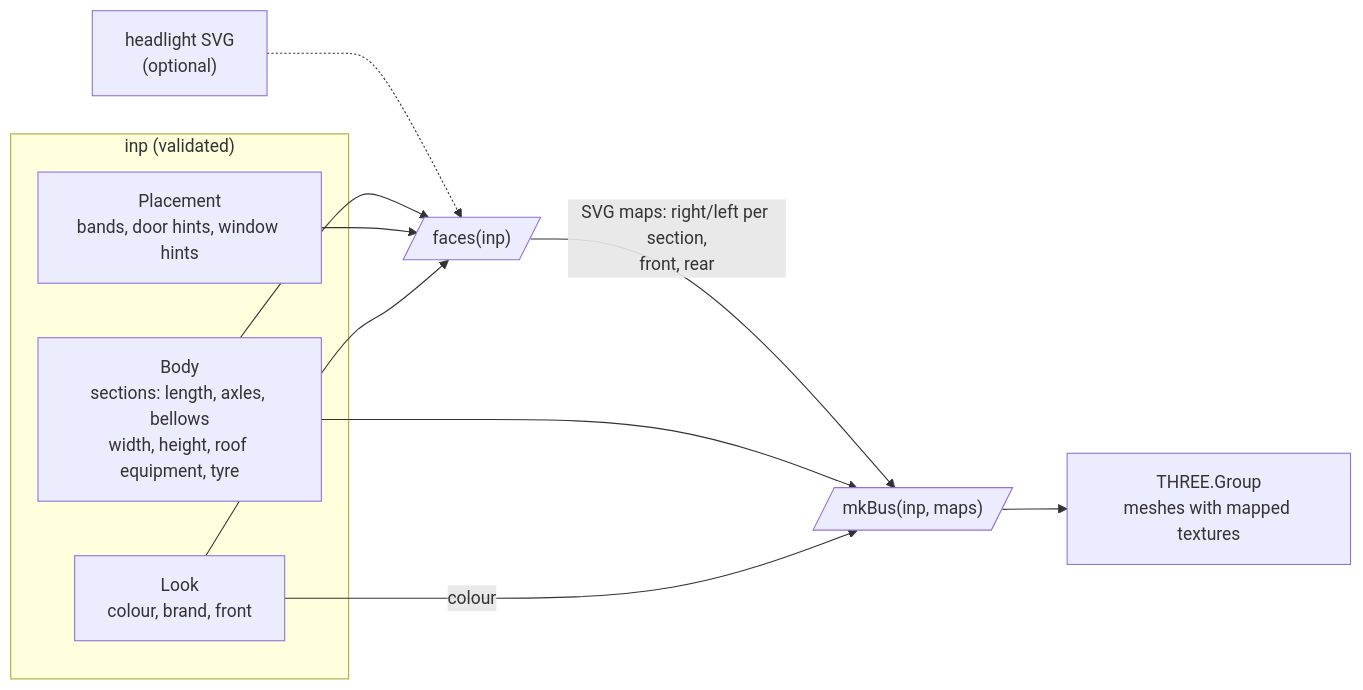
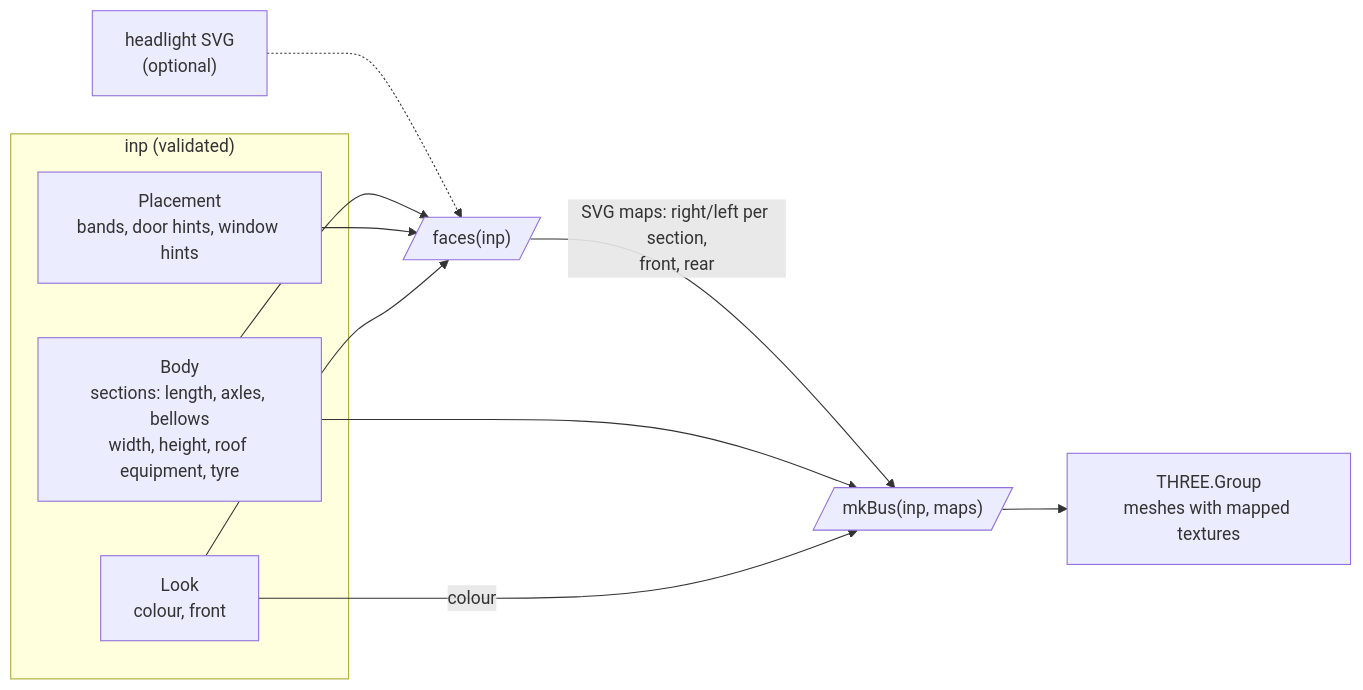
One commit to entur/iteru-3dbus changed the diagram in README.md. Above: the diagram before and after it, drawn with Mermaid. The commit also changed other lines of this file and 2 other files, not shown here.

````diff
--- a/README.md
+++ b/README.md
@@ -49,16 +49,16 @@
 ```mermaid
 flowchart LR
     subgraph inp["inp (validated)"]
         G["Body<br/>sections: length, axles, bellows<br/>width, height, roof equipment, tyre"]
         P["Placement<br/>bands, door hints, window hints"]
-        L["Look<br/>colour, brand, front"]
+        L["Look<br/>colour, front"]
     end
     H["headlight SVG<br/>(optional)"] -.-> F
     G --> F[/"faces(inp)"/]
     P --> F
     L --> F
     F -->|"SVG maps: right/left per section,<br/>front, rear"| B[/"mkBus(inp, maps)"/]
     G --> B
     L -->|colour| B
     B --> D["THREE.Group<br/>meshes with mapped textures"]
 ```
````
